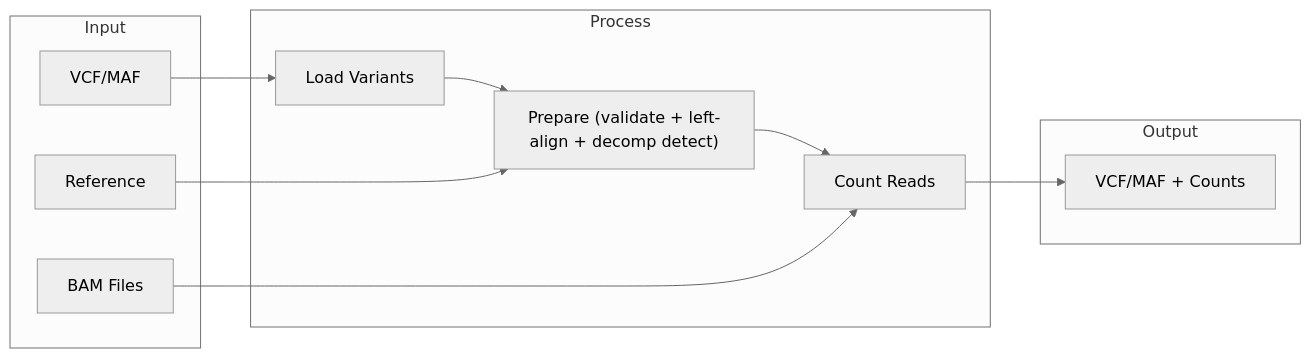
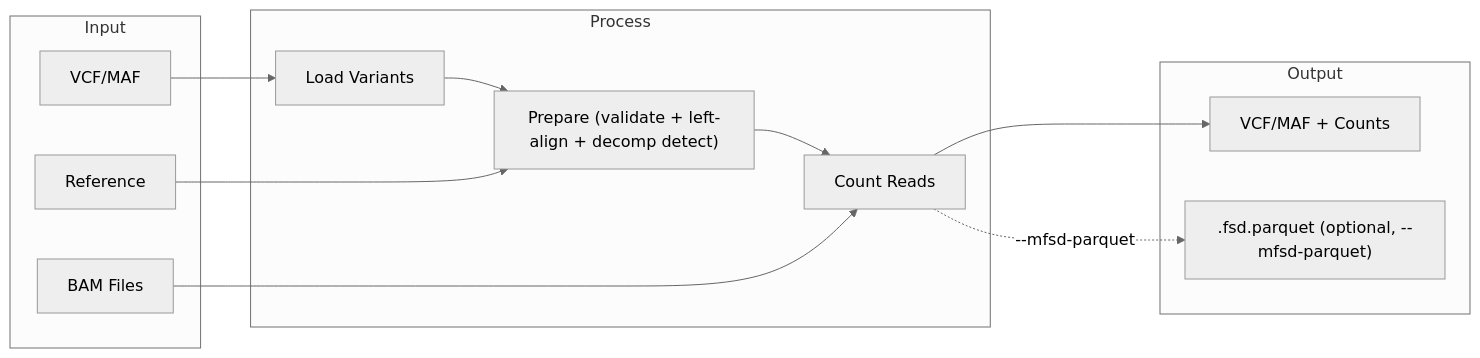
One commit to msk-access/py-gbcms changed the second of 5 diagrams in docs/reference/architecture.md. Above: the diagram before and after it, drawn with Mermaid (neutral theme). The commit also changed other lines of this file and 1 other file, not shown here.

````diff
--- a/docs/reference/architecture.md
+++ b/docs/reference/architecture.md
@@ -33,24 +35,26 @@
 ```mermaid
 flowchart LR
     subgraph Input
         VCF[VCF/MAF]
         BAM[BAM Files]
         FASTA[Reference]
     end
     
     subgraph Process
         Load[Load Variants]
         Prepare["Prepare (validate + left-align + decomp detect)"]
         Count[Count Reads]
     end
     
     subgraph Output
         Result[VCF/MAF + Counts]
+        Parquet["<sample>.fsd.parquet (optional, --mfsd-parquet)"]
     end
     
     VCF --> Load --> Prepare
     FASTA --> Prepare
     Prepare --> Count
     BAM --> Count
     Count --> Result
+    Count -.->|"--mfsd-parquet"| Parquet
 ```
````
